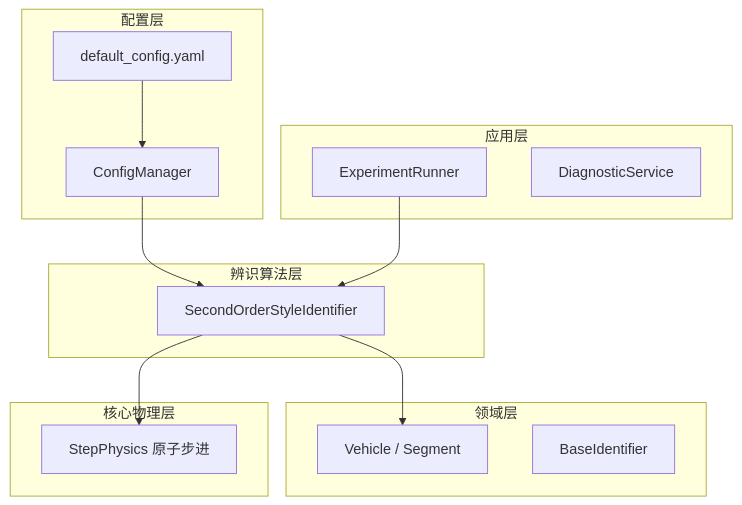
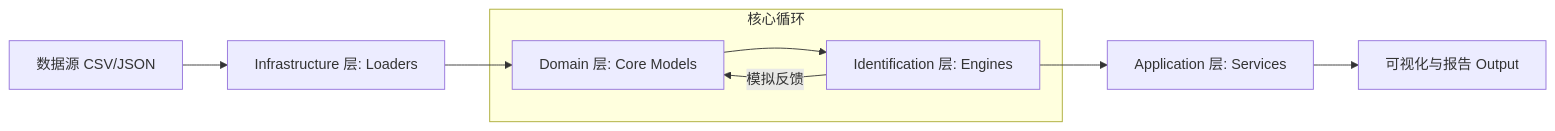
Before and after one commit to pokemonAndCodeMaster/DriveStyle: the diagram in .mini-wiki/wiki/index.md, drawn with Mermaid. The commit also changed other lines of this file and 12 other files, not shown here.

````diff
--- a/.mini-wiki/wiki/index.md
+++ b/.mini-wiki/wiki/index.md
@@ -22,31 +43,12 @@
 ```mermaid
-flowchart TB
-    subgraph Config[配置层]
-        Yaml[default_config.yaml]
-        Manager[ConfigManager]
+flowchart LR
+    A[数据源 CSV/JSON] --> B[Infrastructure 层: Loaders]
+    B --> C[Domain 层: Core Models]
+    C --> D[Identification 层: Engines]
+    D --> E[Application 层: Services]
+    E --> F[可视化与报告 Output]
+    
+    subgraph "核心循环"
+        D -- 模拟反馈 --> C
     end
-
-    subgraph App[应用层]
-        Runner[ExperimentRunner]
-        Diag[DiagnosticService]
-    end
-
-    subgraph Domain[领域层]
-        Models[Vehicle / Segment]
-        Interface[BaseIdentifier]
-    end
-
-    subgraph Core[核心物理层]
-        Physics[StepPhysics 原子步进]
-    end
-
-    subgraph Algo[辨识算法层]
-        SOID[SecondOrderStyleIdentifier]
-    end
-
-    Yaml --> Manager
-    Manager --> SOID
-    Runner --> SOID
-    SOID --> Physics
-    SOID --> Models
 ```
````
